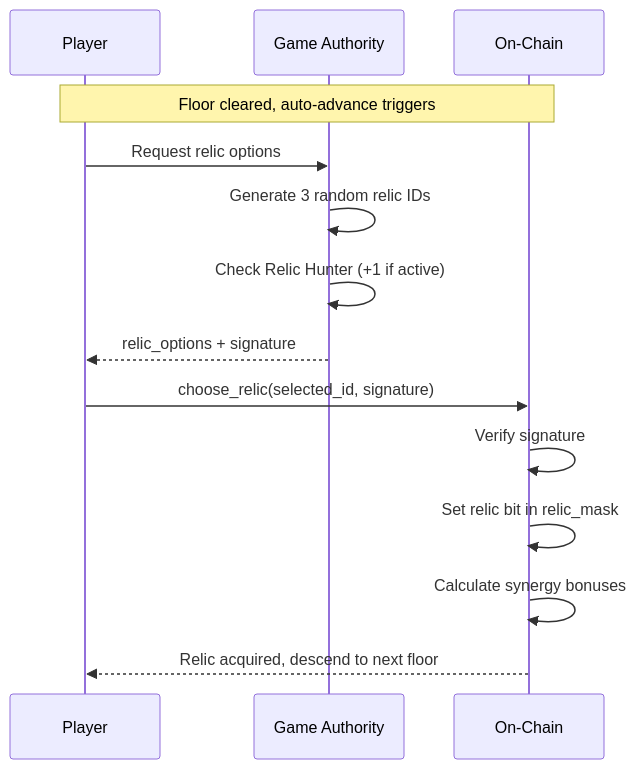
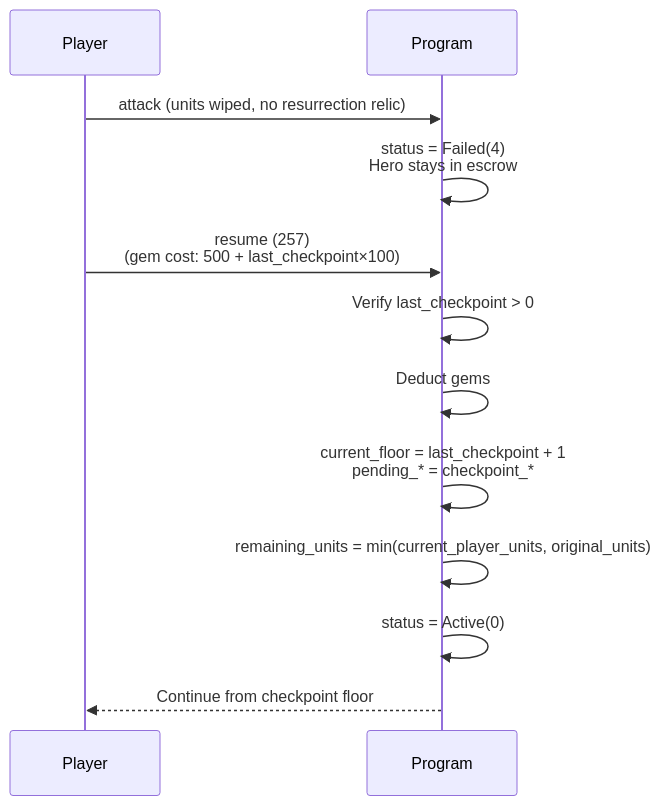
Before and after one commit to crypt0miester/novus-mundus: the eighth of 8 diagrams in docs/onchain/04-systems/dungeon.md, drawn with Mermaid. The commit also changed other lines of this file and 259 other files, not shown here.

Commit message:
Add player journey game plan: narrative arc, the Steward, estate redesign and Market unbundling

````diff
--- a/docs/onchain/04-systems/dungeon.md
+++ b/docs/onchain/04-systems/dungeon.md
@@ -297,17 +397,16 @@
 ```mermaid
 sequenceDiagram
     participant P as Player
-    participant GA as Game Authority
-    participant OC as On-Chain
+    participant Prog as Program
 
-    Note over P,OC: Floor cleared, auto-advance triggers
-    P->>GA: Request relic options
-    GA->>GA: Generate 3 random relic IDs
-    GA->>GA: Check Relic Hunter (+1 if active)
-    GA-->>P: relic_options + signature
-    P->>OC: choose_relic(selected_id, signature)
-    OC->>OC: Verify signature
-    OC->>OC: Set relic bit in relic_mask
-    OC->>OC: Calculate synergy bonuses
-    OC-->>P: Relic acquired, descend to next floor
+    P->>Prog: attack (units wiped, no resurrection relic)
+    Prog->>Prog: status = Failed(4)<br/>Hero stays in escrow
+
+    P->>Prog: resume (257)<br/>(gem cost: 500 + last_checkpoint×100)
+    Prog->>Prog: Verify last_checkpoint > 0
+    Prog->>Prog: Deduct gems
+    Prog->>Prog: current_floor = last_checkpoint + 1<br/>pending_* = checkpoint_*
+    Prog->>Prog: remaining_units = min(current_player_units, original_units)
+    Prog->>Prog: status = Active(0)
+    Prog-->>P: Continue from checkpoint floor
 ```
````
